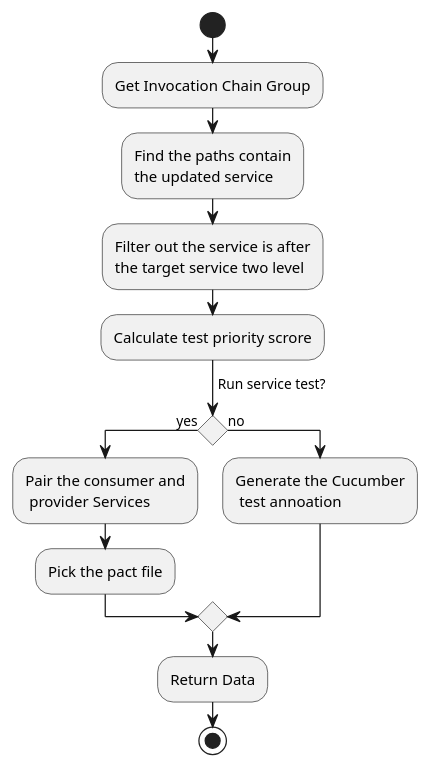
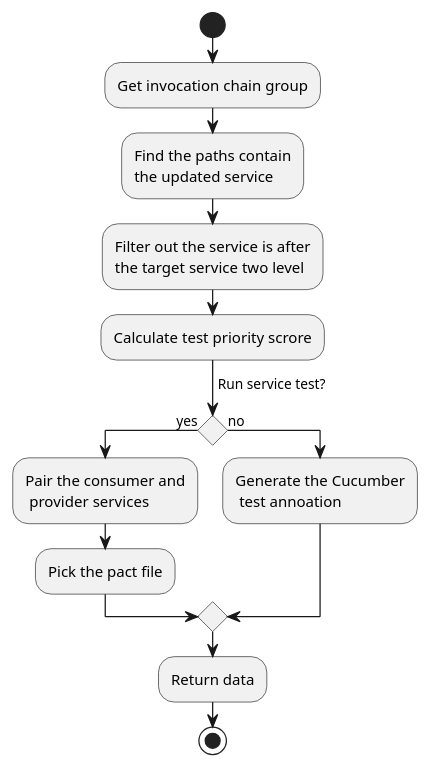
The diagram in diagram/regression.puml (b4456609/mgp-back), drawn with PlantUML before and after one commit.

```diff
--- a/diagram/regression.puml
+++ b/diagram/regression.puml
@@ -1,17 +1,17 @@
 @startuml
 'scale 1.5
 start
-:Get Invocation Chain Group;
+:Get invocation chain group;
 :Find the paths contain\nthe updated service;
 :Filter out the service is after\nthe target service two level;
 :Calculate test priority scrore;
 ->Run service test?;
 if() then (yes)
-    :Pair the consumer and\n provider Services;
+    :Pair the consumer and\n provider services;
     :Pick the pact file;
 else (no)
     :Generate the Cucumber\n test annoation;
 endif
-:Return Data;
+:Return data;
 stop
 @enduml
```
